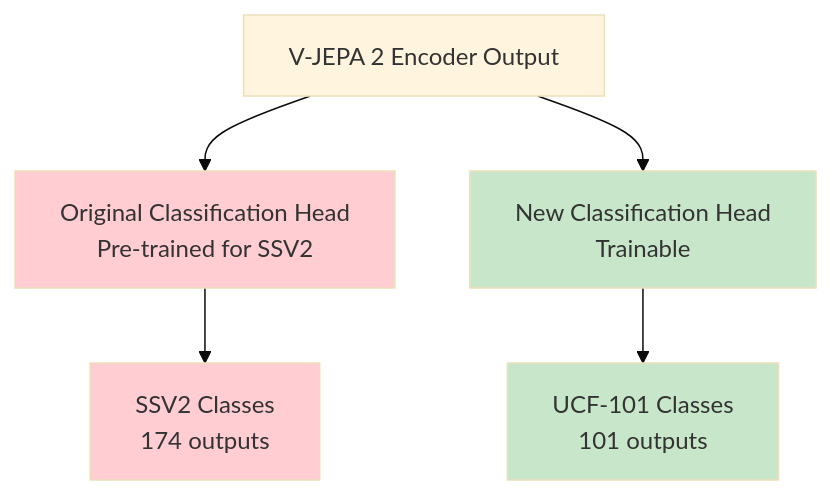
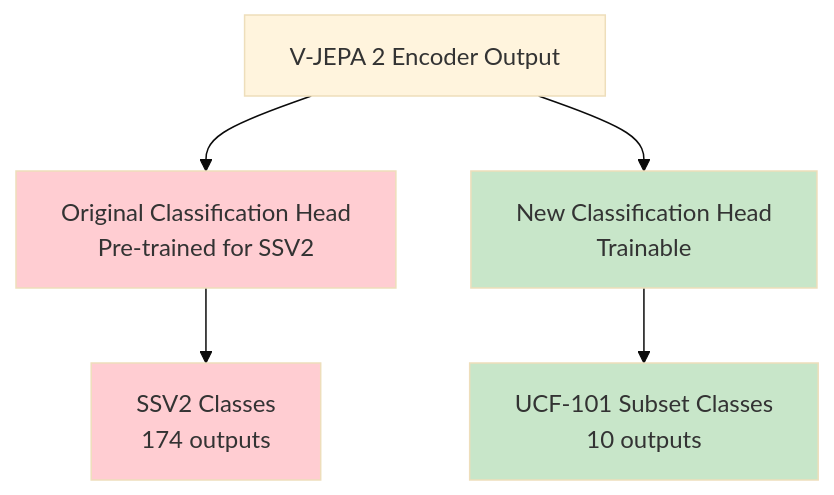
The sixth of 6 diagrams in lora_architecture_diagrams.md (ZacCarrico/vjepa2), drawn with Mermaid (base theme) before and after one commit. The commit also changed other lines of this file, not shown here.

Commit message:
updates to diagrams

````diff
--- a/lora_architecture_diagrams.md
+++ b/lora_architecture_diagrams.md
@@ -136,13 +160,13 @@
 ```mermaid
 graph TD
     A[V-JEPA 2 Encoder Output] --> B[Original Classification Head<br/>Pre-trained for SSV2]
     B --> C[SSV2 Classes<br/>174 outputs]
 
     A --> D[New Classification Head<br/>Trainable]
-    D --> E[UCF-101 Classes<br/>101 outputs]
+    D --> E[UCF-101 Subset Classes<br/>10 outputs]
 
     style B fill:#ffcdd2
     style C fill:#ffcdd2
     style D fill:#c8e6c9
     style E fill:#c8e6c9
 ```
````
